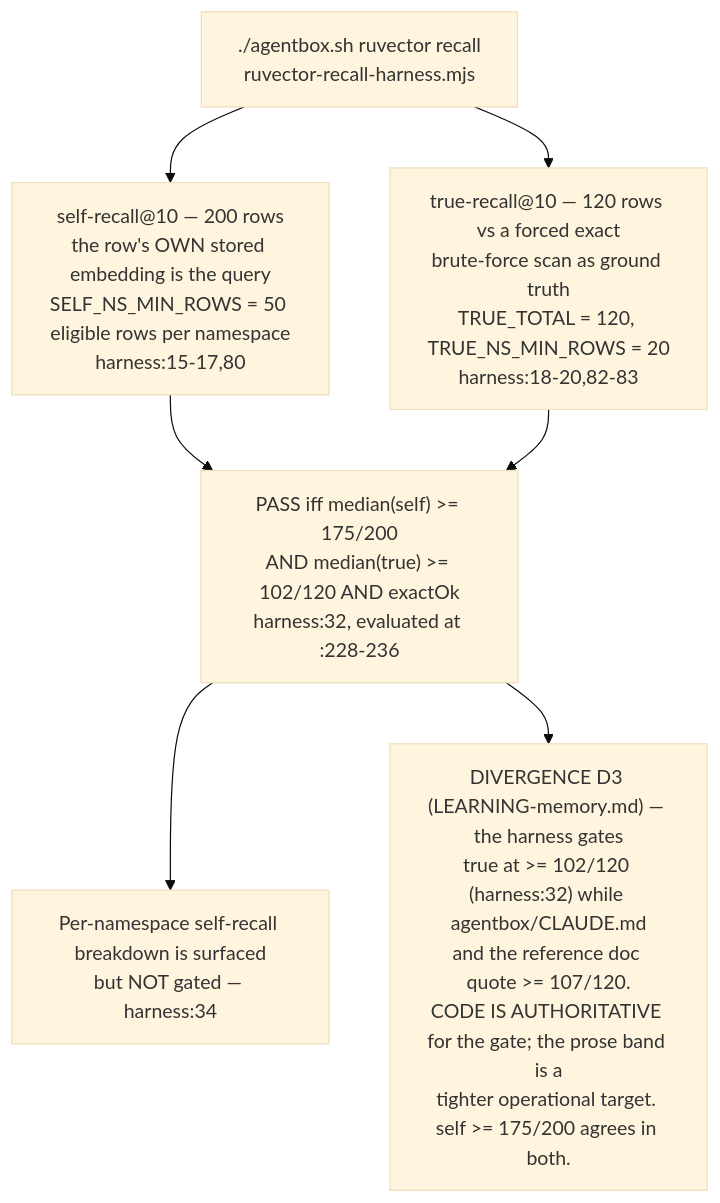
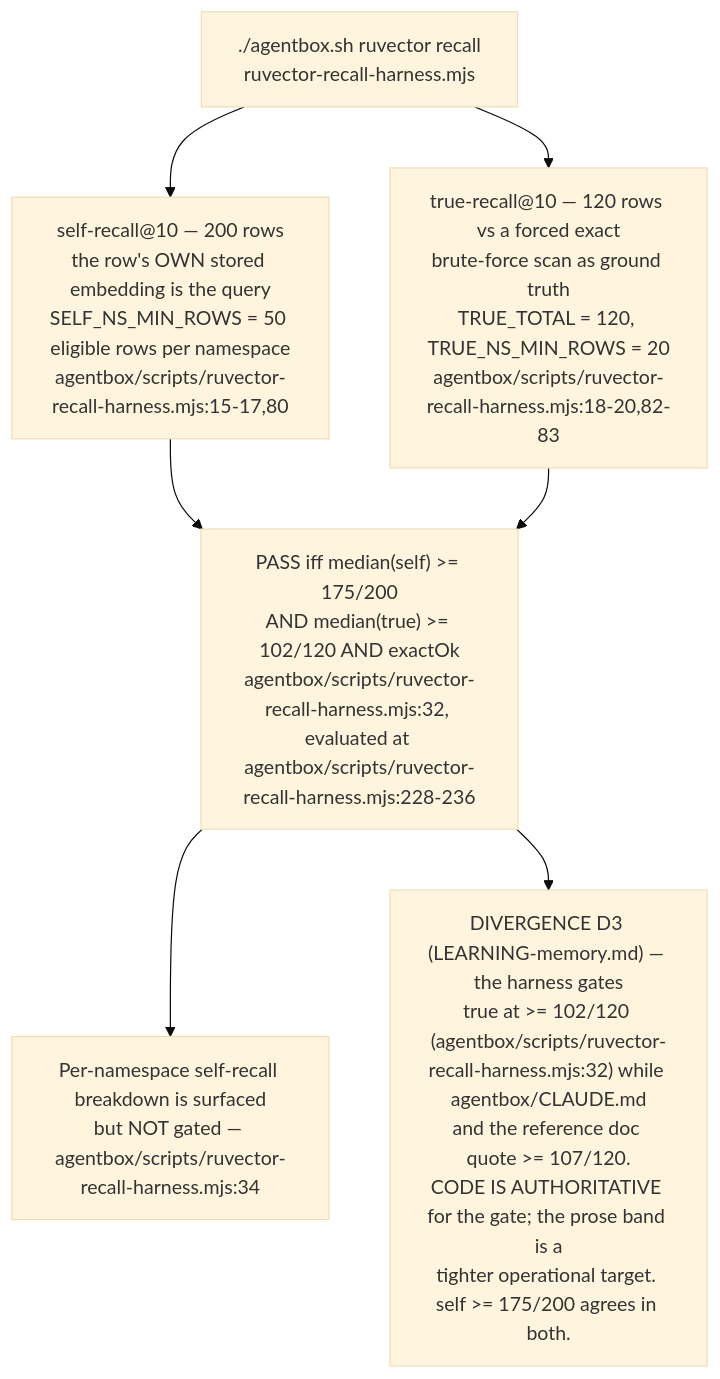
Before and after one commit to DreamLab-AI/VisionFlow: the seventh of 9 diagrams in docs/diagrams/estate/07-memory-and-embedding-estate.md, drawn with Mermaid (base theme). The commit also changed other lines of this file and 51 other files, not shown here.

First line of the commit message:
docs(diagrams): agentbox AB-01..13 re-attested anchor by anchor (980 anchors, 22 defects); checkpoint against an out-of-mesh writer

````diff
--- a/docs/diagrams/estate/07-memory-and-embedding-estate.md
+++ b/docs/diagrams/estate/07-memory-and-embedding-estate.md
@@ -208,16 +208,16 @@
 ```mermaid
 flowchart TB
     RUN["./agentbox.sh ruvector recall<br/>ruvector-recall-harness.mjs"]
-    SELF["self-recall@10 — 200 rows<br/>the row's OWN stored embedding is the query<br/>SELF_NS_MIN_ROWS = 50 eligible rows per namespace<br/>harness:15-17,80"]
-    TRUE["true-recall@10 — 120 rows vs a forced exact<br/>brute-force scan as ground truth<br/>TRUE_TOTAL = 120, TRUE_NS_MIN_ROWS = 20<br/>harness:18-20,82-83"]
-    GATE["PASS iff median(self) >= 175/200<br/>AND median(true) >= 102/120 AND exactOk<br/>harness:32, evaluated at :228-236"]
-    NSB["Per-namespace self-recall breakdown is surfaced<br/>but NOT gated — harness:34"]
-    D3["DIVERGENCE D3 (LEARNING-memory.md) — the harness gates<br/>true at >= 102/120 (harness:32) while agentbox/CLAUDE.md<br/>and the reference doc quote >= 107/120.<br/>CODE IS AUTHORITATIVE for the gate; the prose band is a<br/>tighter operational target. self >= 175/200 agrees in both."]
+    SELF["self-recall@10 — 200 rows<br/>the row's OWN stored embedding is the query<br/>SELF_NS_MIN_ROWS = 50 eligible rows per namespace<br/>agentbox/scripts/ruvector-recall-harness.mjs:15-17,80"]
+    TRUE["true-recall@10 — 120 rows vs a forced exact<br/>brute-force scan as ground truth<br/>TRUE_TOTAL = 120, TRUE_NS_MIN_ROWS = 20<br/>agentbox/scripts/ruvector-recall-harness.mjs:18-20,82-83"]
+    GATE["PASS iff median(self) >= 175/200<br/>AND median(true) >= 102/120 AND exactOk<br/>agentbox/scripts/ruvector-recall-harness.mjs:32, evaluated at agentbox/scripts/ruvector-recall-harness.mjs:228-236"]
+    NSB["Per-namespace self-recall breakdown is surfaced<br/>but NOT gated — agentbox/scripts/ruvector-recall-harness.mjs:34"]
+    D3["DIVERGENCE D3 (LEARNING-memory.md) — the harness gates<br/>true at >= 102/120 (agentbox/scripts/ruvector-recall-harness.mjs:32) while agentbox/CLAUDE.md<br/>and the reference doc quote >= 107/120.<br/>CODE IS AUTHORITATIVE for the gate; the prose band is a<br/>tighter operational target. self >= 175/200 agrees in both."]
 
     RUN --> SELF
     RUN --> TRUE
     SELF --> GATE
     TRUE --> GATE
     GATE --> NSB
     GATE --> D3
 ```
````
